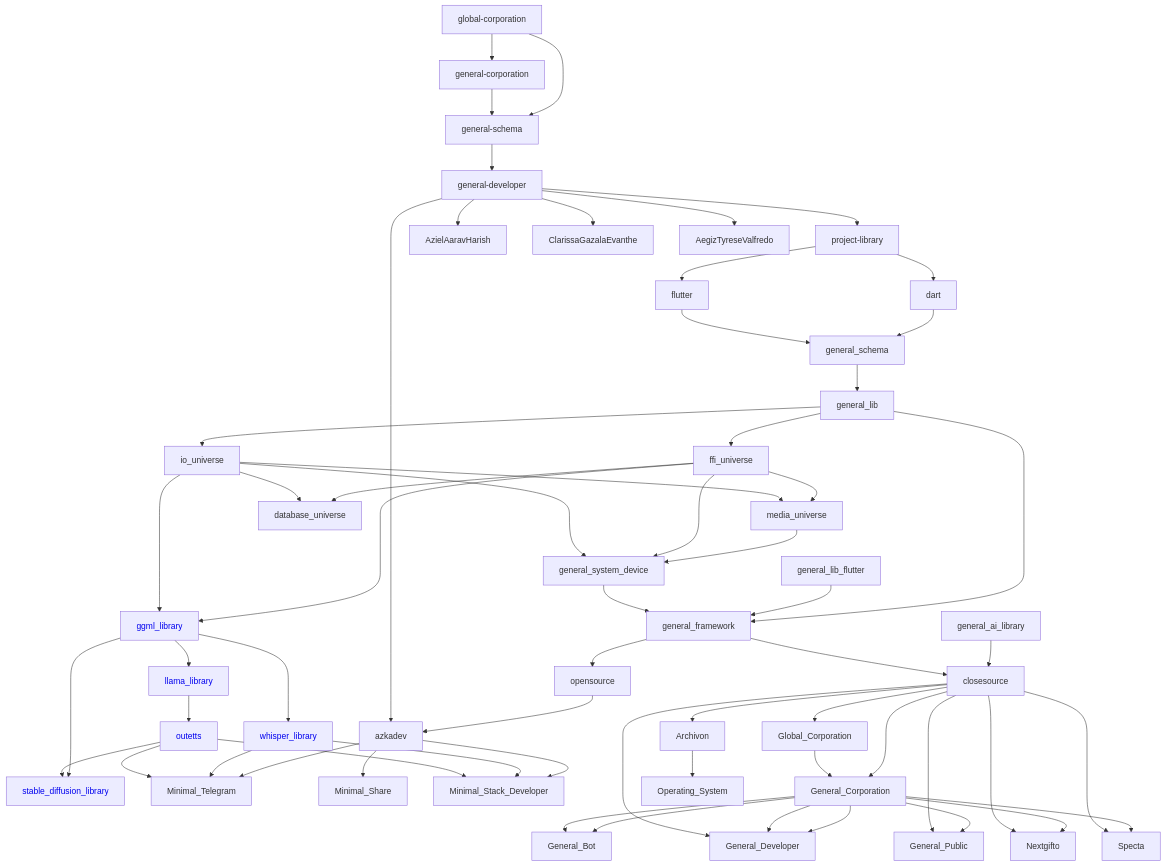
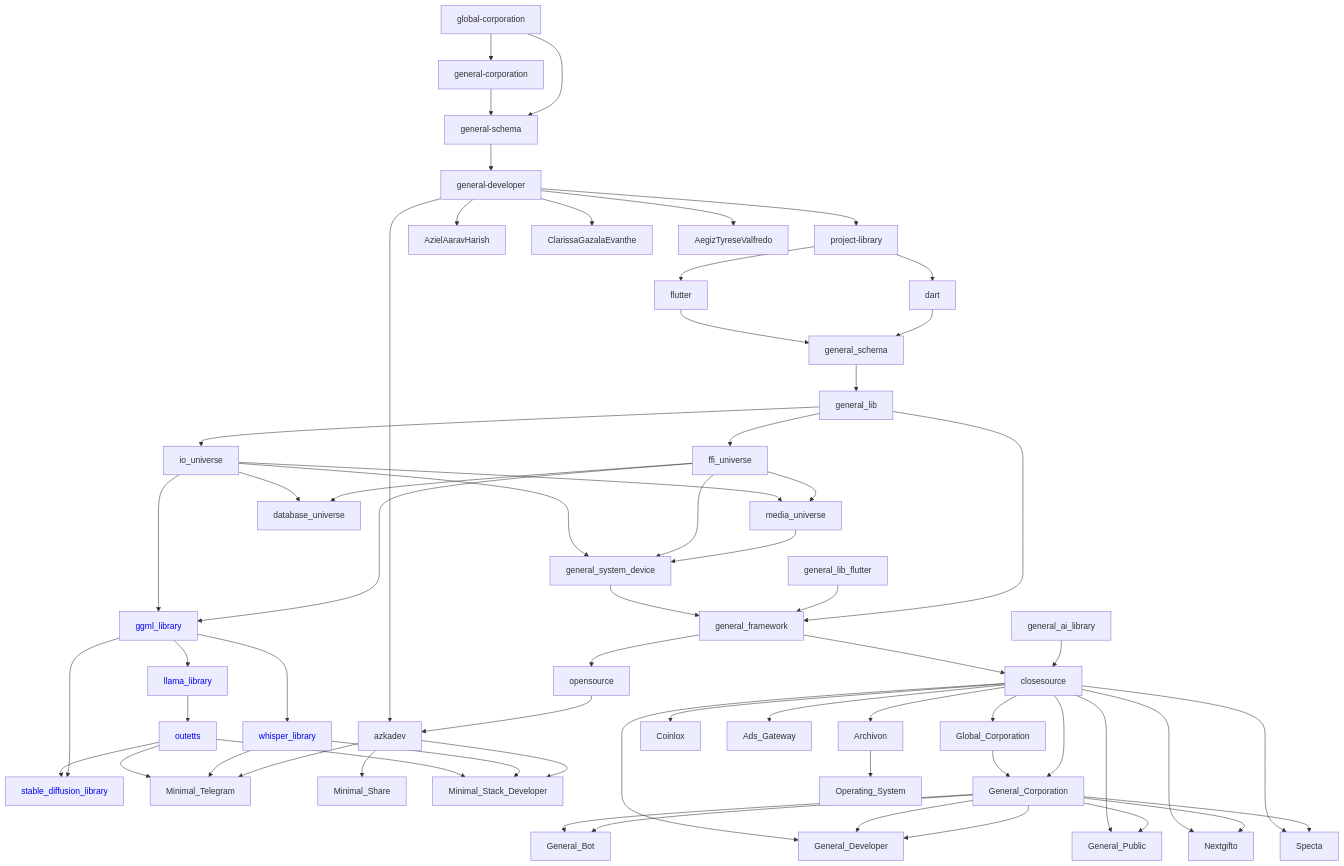
Before and after one commit to General-Developer/.github: the diagram in profile/README.md, drawn with Mermaid.

```diff
--- a/profile/README.md
+++ b/profile/README.md
@@ -78,6 +78,8 @@
 General_Corporation --> Nextgifto
 General_Corporation --> Specta
 closesource --> General_Developer
+closesource --> Coinlox
+closesource --> Ads_Gateway
 closesource --> General_Public
 closesource --> Nextgifto
 closesource --> Specta
```
